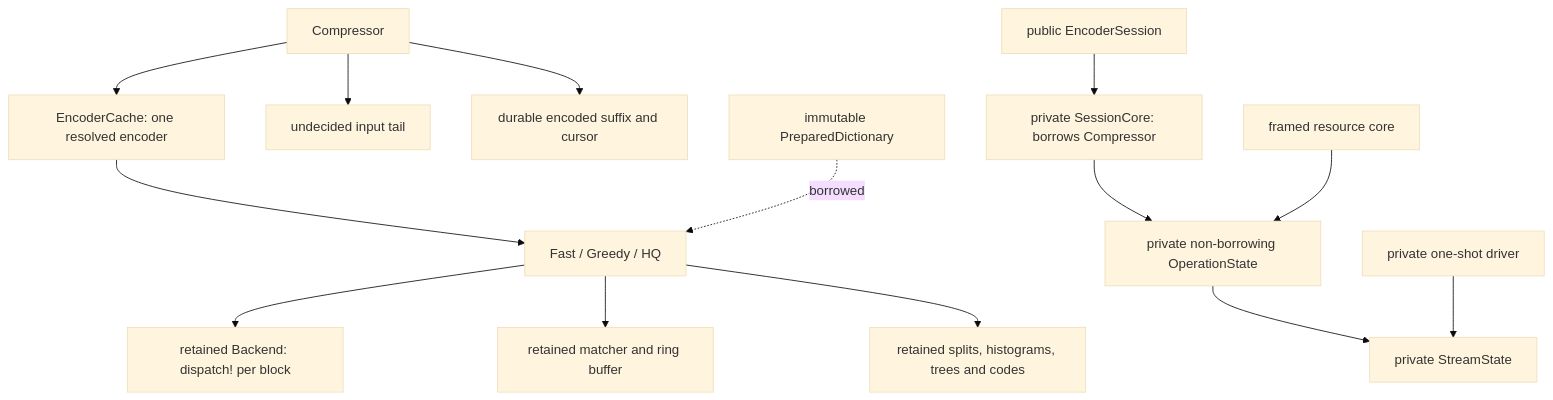
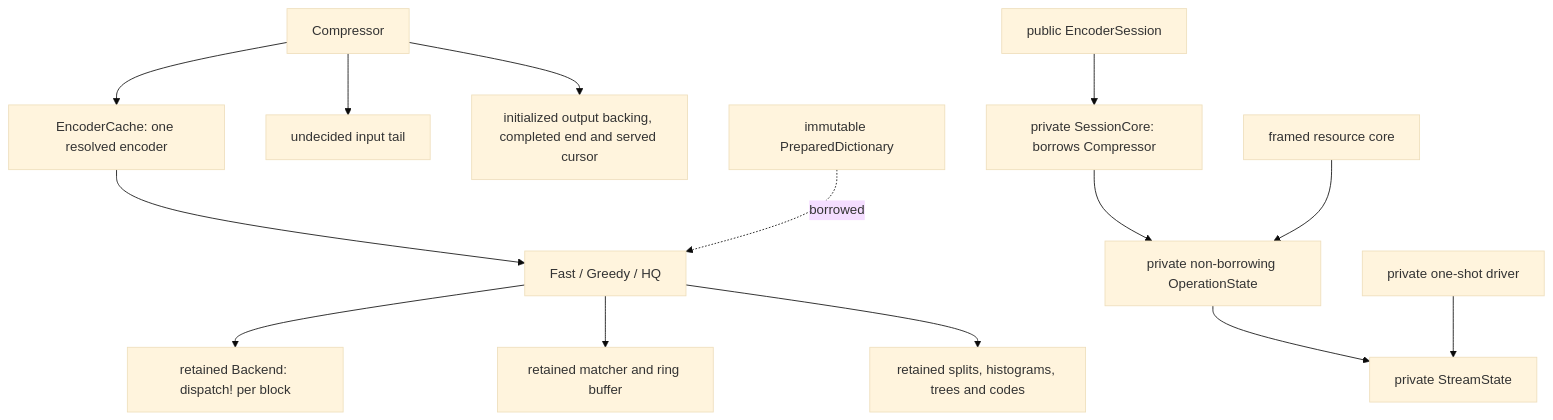
Before and after one commit to M-Compressors/mbrotli: the second of 13 diagrams in architecture/encoder-workspace.md, drawn with Mermaid (base theme). The commit also changed other lines of this file and 186 other files, not shown here.

````diff
--- a/architecture/encoder-workspace.md
+++ b/architecture/encoder-workspace.md
@@ -35,16 +35,16 @@
 ```mermaid
 graph TD
     C[Compressor] --> Cache[EncoderCache: one resolved encoder]
     C --> Staging[undecided input tail]
-    C --> Pending[durable encoded suffix and cursor]
+    C --> Pending[initialized output backing, completed end and served cursor]
     Cache --> Family[Fast / Greedy / HQ]
     Family --> Kernel[retained Backend: dispatch! per block]
     Family --> Search[retained matcher and ring buffer]
     Family --> Entropy[retained splits, histograms, trees and codes]
     Session[public EncoderSession] --> Owner[private SessionCore: borrows Compressor]
     Owner --> Operation[private non-borrowing OperationState]
     Operation --> State[private StreamState]
     Framed[framed resource core] --> Operation
     OneShot[private one-shot driver] --> State
     Dictionary[immutable PreparedDictionary] -. borrowed .-> Family
 ```
````
